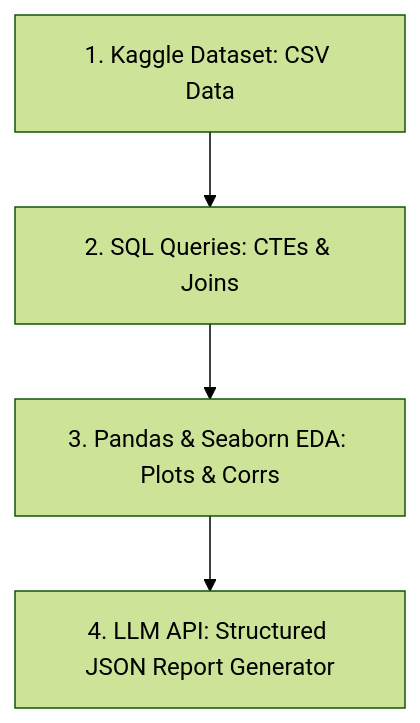
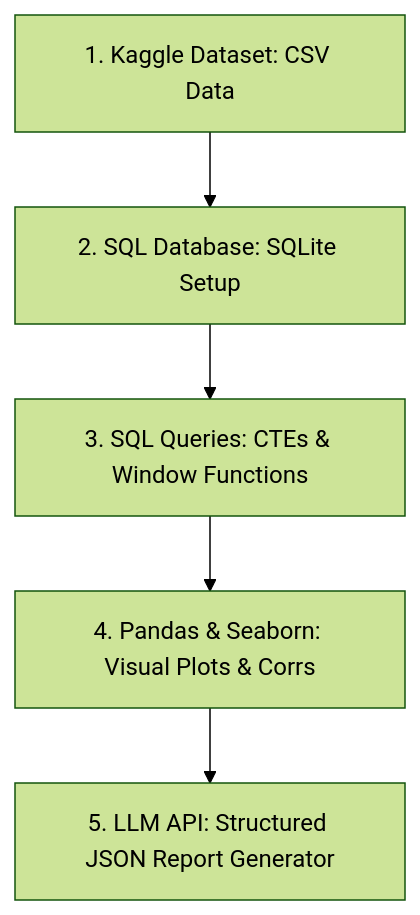
Before and after one commit to karidasd/student-data-science-ai-portfolio: the diagram in README.md, drawn with Mermaid (forest theme). The commit also changed other lines of this file and 6 other files, not shown here.

Commit message:
Upgrade: Add SQLite setup, automated orchestrator pipeline main.py, GitHub Actions CI workflow, and logo banner

````diff
--- a/README.md
+++ b/README.md
@@ -30,6 +46,7 @@
 ```mermaid
 graph TD
-    A[1. Kaggle Dataset: CSV Data] --> B[2. SQL Queries: CTEs & Joins]
-    B --> C[3. Pandas & Seaborn EDA: Plots & Corrs]
-    C --> D[4. LLM API: Structured JSON Report Generator]
+    A[1. Kaggle Dataset: CSV Data] --> B[2. SQL Database: SQLite Setup]
+    B --> C[3. SQL Queries: CTEs & Window Functions]
+    C --> D[4. Pandas & Seaborn: Visual Plots & Corrs]
+    D --> E[5. LLM API: Structured JSON Report Generator]
 ```
````
